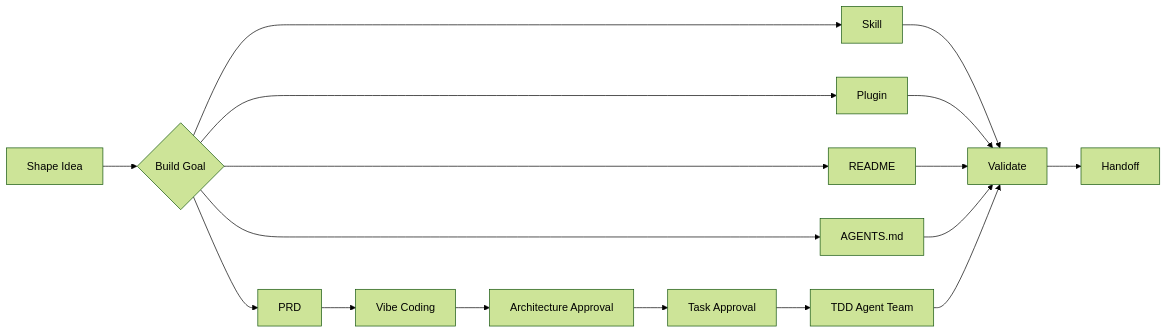
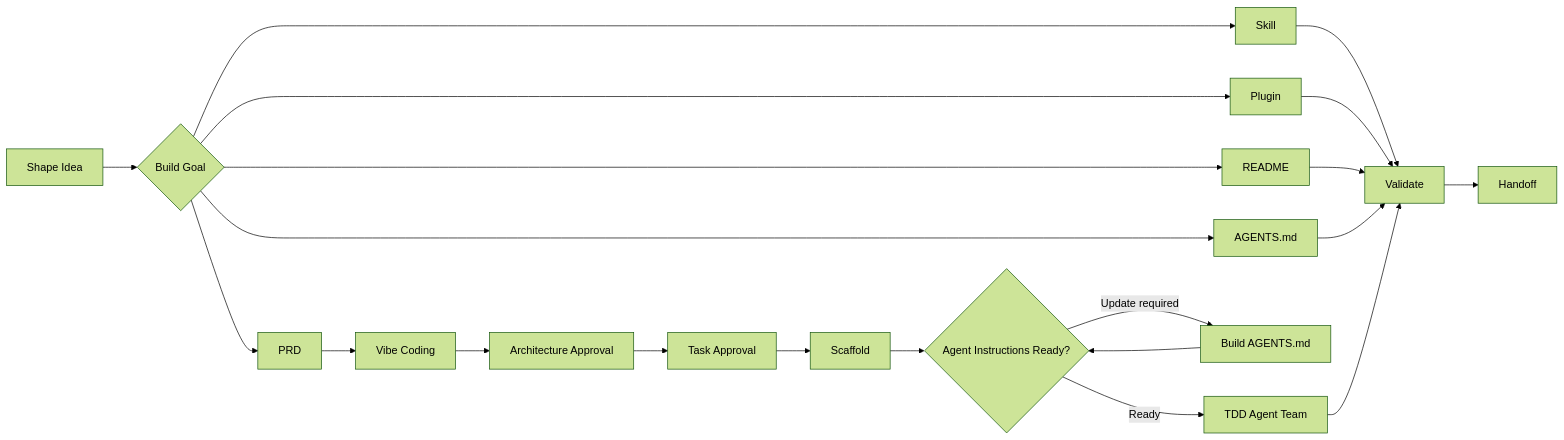
One commit to koco-co/build-goals changed the diagram in README.md. Above: the diagram before and after it, drawn with Mermaid (forest theme). The commit also changed other lines of this file and 46 other files, not shown here.

````diff
--- a/README.md
+++ b/README.md
@@ -54,19 +54,23 @@
 ```mermaid
 flowchart LR
     A[Shape Idea] --> B{Build Goal}
     B --> C[Skill]
     B --> D[Plugin]
     B --> E[PRD]
     B --> F[README]
     B --> M[AGENTS.md]
     E --> G[Vibe Coding]
     G --> H[Architecture Approval]
     H --> I[Task Approval]
-    I --> J[TDD Agent Team]
+    I --> N[Scaffold]
+    N --> O{Agent Instructions Ready?}
+    O -->|Update required| P[Build AGENTS.md]
+    P --> O
+    O -->|Ready| J[TDD Agent Team]
     C --> K[Validate]
     D --> K
     F --> K
     M --> K
     J --> K
     K --> L[Handoff]
 ```
````
